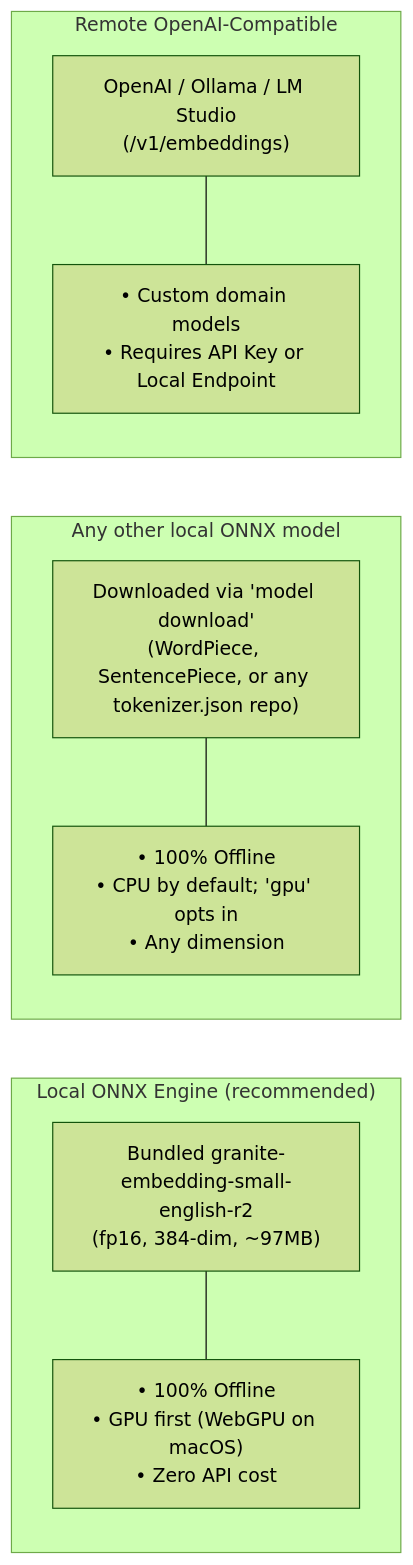
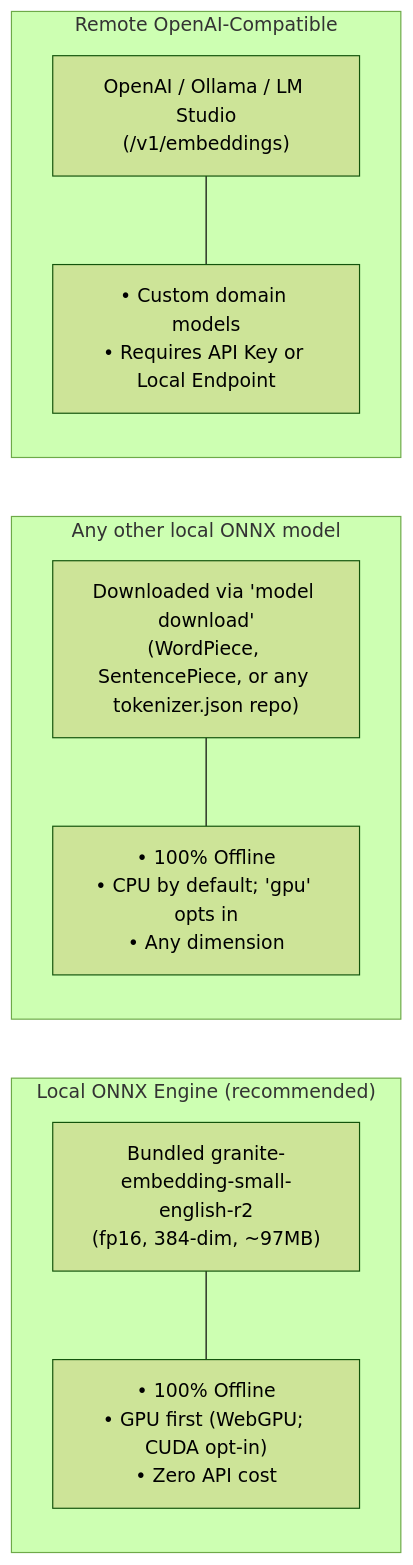
One commit to Arasz/ai-raccoon changed the first of 2 diagrams in docs/how-to/configure-embedding-engines.md. Above: the diagram before and after it, drawn with Mermaid (forest theme). The commit also changed other lines of this file and 24 other files, not shown here.

First line of the commit message:
feat(embedding): WebGPU on Windows/Linux via the plugin EP, opt-in CUDA (#740)

````diff
--- a/docs/how-to/configure-embedding-engines.md
+++ b/docs/how-to/configure-embedding-engines.md
@@ -16,21 +16,21 @@
 ```mermaid
 graph LR
     subgraph Local ["Local ONNX Engine (recommended)"]
         ONNX["Bundled granite-embedding-small-english-r2\n(fp16, 384-dim, ~97MB)"]
-        L_Prop["• 100% Offline\n• GPU first (WebGPU on macOS)\n• Zero API cost"]
+        L_Prop["• 100% Offline\n• GPU first (WebGPU; CUDA opt-in)\n• Zero API cost"]
     end
 
     subgraph LocalOther ["Any other local ONNX model"]
         Other["Downloaded via 'model download'\n(WordPiece, SentencePiece, or any tokenizer.json repo)"]
         O_Prop["• 100% Offline\n• CPU by default; 'gpu' opts in\n• Any dimension"]
     end
 
     subgraph Remote ["Remote OpenAI-Compatible"]
         OpenAI["OpenAI / Ollama / LM Studio\n(/v1/embeddings)"]
         R_Prop["• Custom domain models\n• Requires API Key or Local Endpoint"]
     end
 
     ONNX --- L_Prop
     Other --- O_Prop
     OpenAI --- R_Prop
 ```
````
